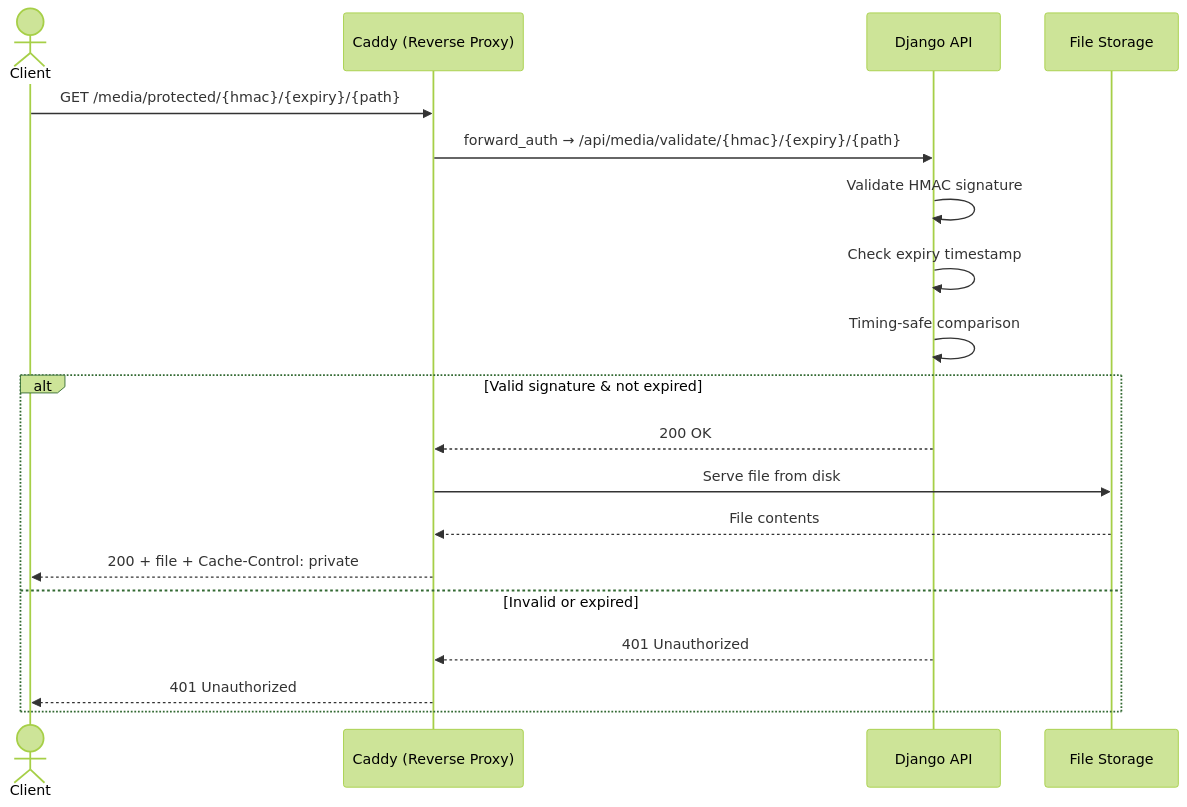
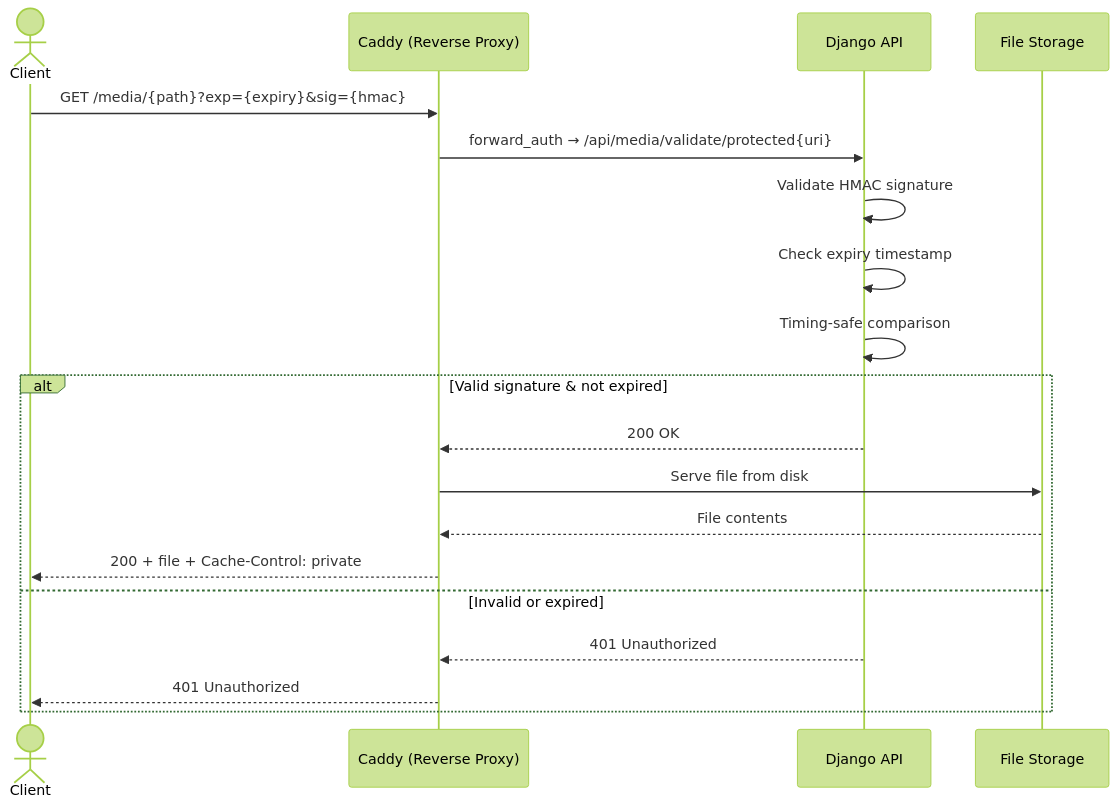
Before and after one commit to letsrevel/revel-backend: the diagram in docs/architecture/protected-files.md, drawn with Mermaid (forest theme). The commit also changed other lines of this file and 38 other files, not shown here.

````diff
--- a/docs/architecture/protected-files.md
+++ b/docs/architecture/protected-files.md
@@ -10,24 +10,24 @@
 ```mermaid
 sequenceDiagram
     actor Client
     participant Caddy as Caddy (Reverse Proxy)
     participant Django as Django API
     participant Storage as File Storage
 
-    Client->>Caddy: GET /media/protected/{hmac}/{expiry}/{path}
-    Caddy->>Django: forward_auth → /api/media/validate/{hmac}/{expiry}/{path}
+    Client->>Caddy: GET /media/{path}?exp={expiry}&sig={hmac}
+    Caddy->>Django: forward_auth → /api/media/validate/protected{uri}
 
     Django->>Django: Validate HMAC signature
     Django->>Django: Check expiry timestamp
     Django->>Django: Timing-safe comparison
 
     alt Valid signature & not expired
         Django-->>Caddy: 200 OK
         Caddy->>Storage: Serve file from disk
         Storage-->>Caddy: File contents
         Caddy-->>Client: 200 + file + Cache-Control: private
     else Invalid or expired
         Django-->>Caddy: 401 Unauthorized
         Caddy-->>Client: 401 Unauthorized
     end
 ```
````
